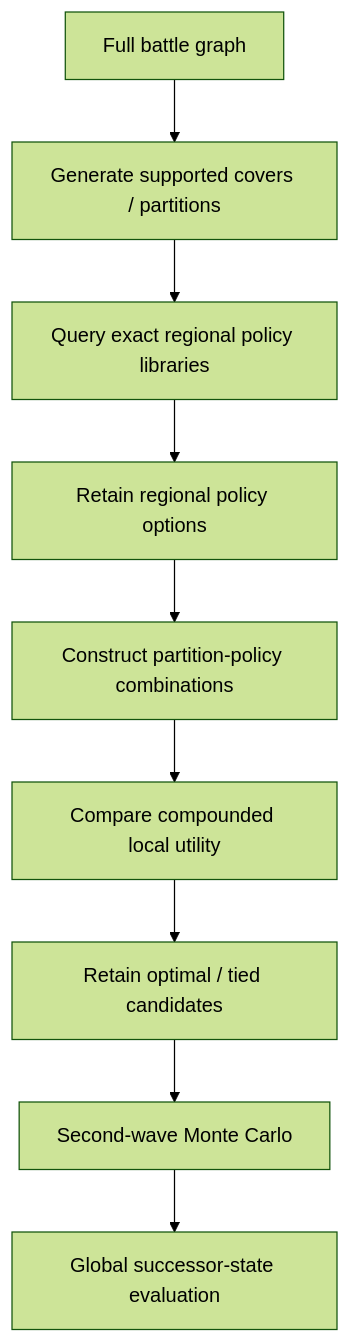
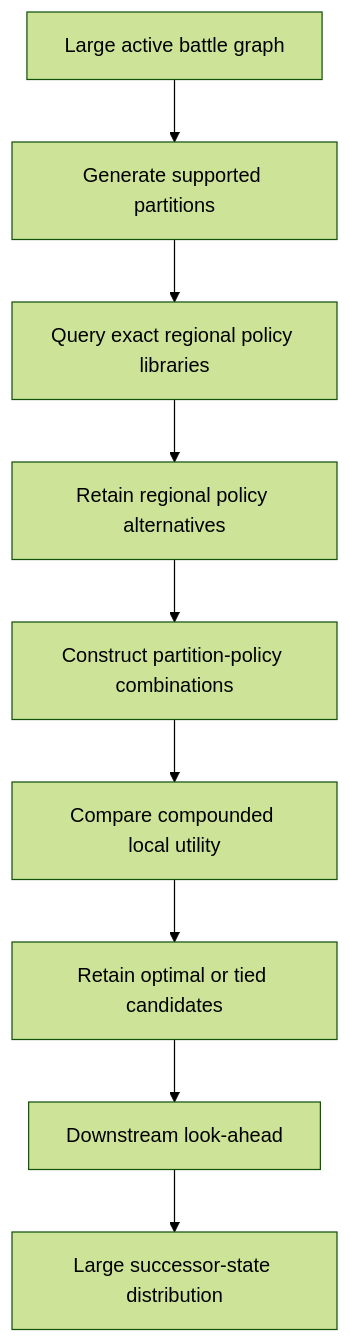
One commit to IkonRules/risk-strategy-optimization changed the third of 4 diagrams in docs/architecture.md. Above: the diagram before and after it, drawn with Mermaid (forest theme). The commit also changed other lines of this file and 3 other files, not shown here.

````diff
--- a/docs/architecture.md
+++ b/docs/architecture.md
@@ -647,21 +584,21 @@
 ```mermaid
 flowchart TD
-    G["Full battle graph"]
-    P["Generate supported covers / partitions"]
+    G["Large active battle graph"]
+    P["Generate supported partitions"]
     Q["Query exact regional policy libraries"]
-    O["Retain regional policy options"]
+    O["Retain regional policy alternatives"]
     C["Construct partition-policy combinations"]
     U["Compare compounded local utility"]
-    T["Retain optimal / tied candidates"]
-    M["Second-wave Monte Carlo"]
-    S["Global successor-state evaluation"]
+    T["Retain optimal or tied candidates"]
+    L["Downstream look-ahead"]
+    S["Large successor-state distribution"]
 
     G --> P
     P --> Q
     Q --> O
     O --> C
     C --> U
     U --> T
-    T --> M
-    M --> S
+    T --> L
+    L --> S
 ```
````
